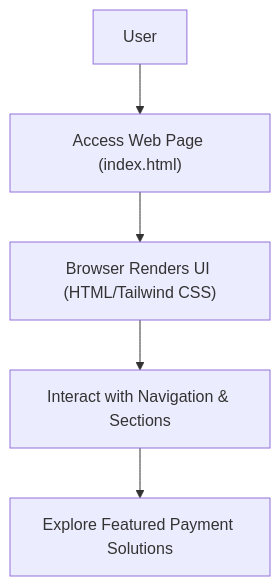
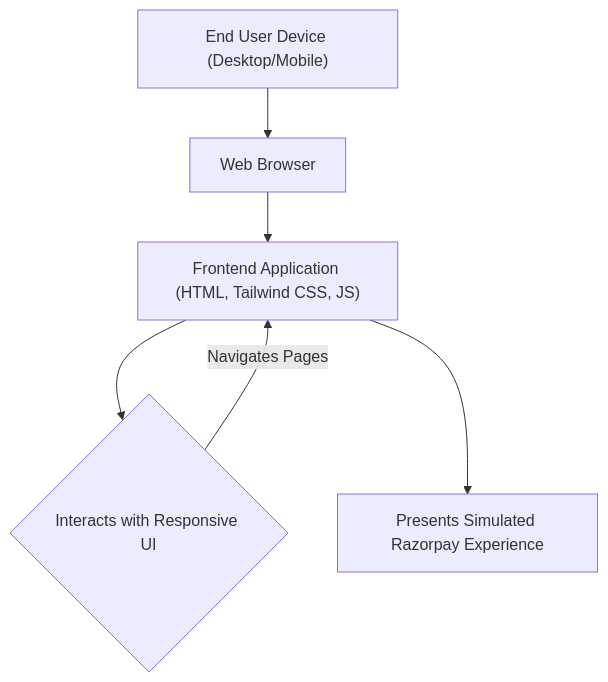
The diagram in README.md (grewal16/Razorpay_clone), drawn with Mermaid before and after one commit. The commit also changed other lines of this file, not shown here.

````diff
--- a/README.md
+++ b/README.md
@@ -38,7 +35,8 @@
 ```mermaid
 graph TD
-    A["User"] --> B["Access Web Page (index.html)"];
-    B --> C["Browser Renders UI (HTML/Tailwind CSS)"];
-    C --> D["Interact with Navigation & Sections"];
-    D --> E["Explore Featured Payment Solutions"];
+    A["End User Device (Desktop/Mobile)"] --> B["Web Browser"];
+    B --> C["Frontend Application (HTML, Tailwind CSS, JS)"];
+    C --> D{"Interacts with Responsive UI"};
+    D -- "Navigates Pages" --> C;
+    C --> E["Presents Simulated Razorpay Experience"];
 ```
````
